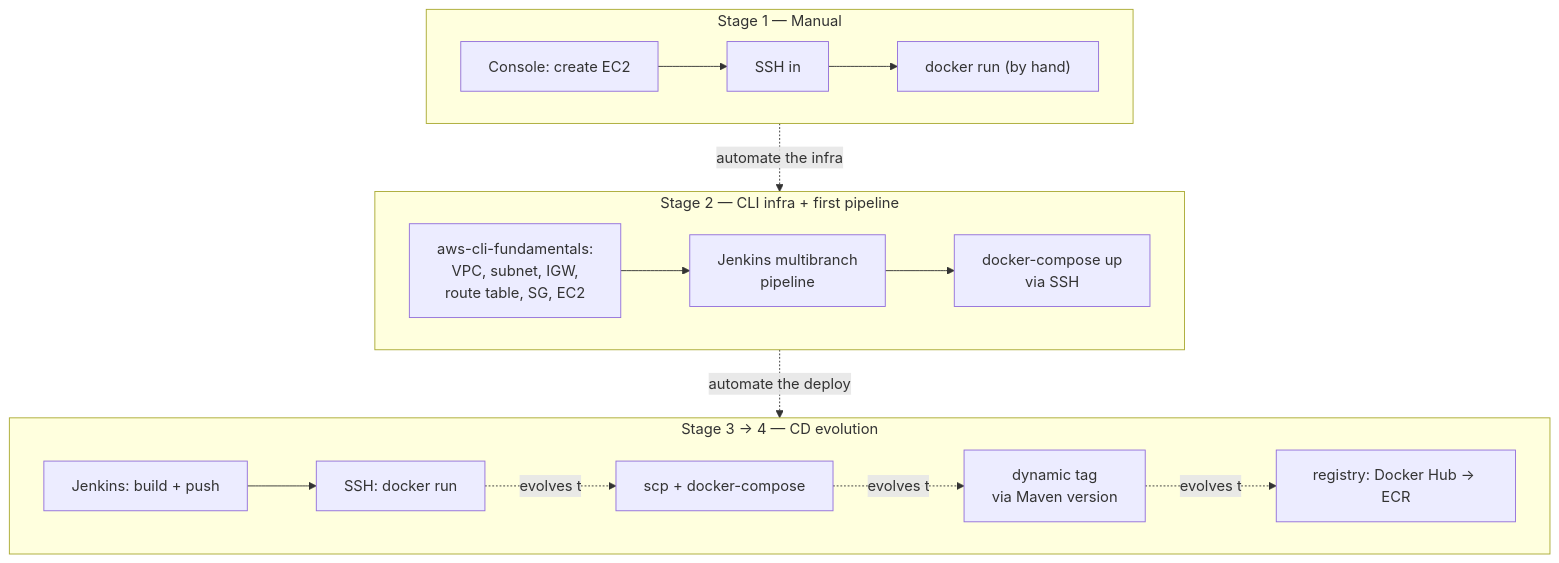
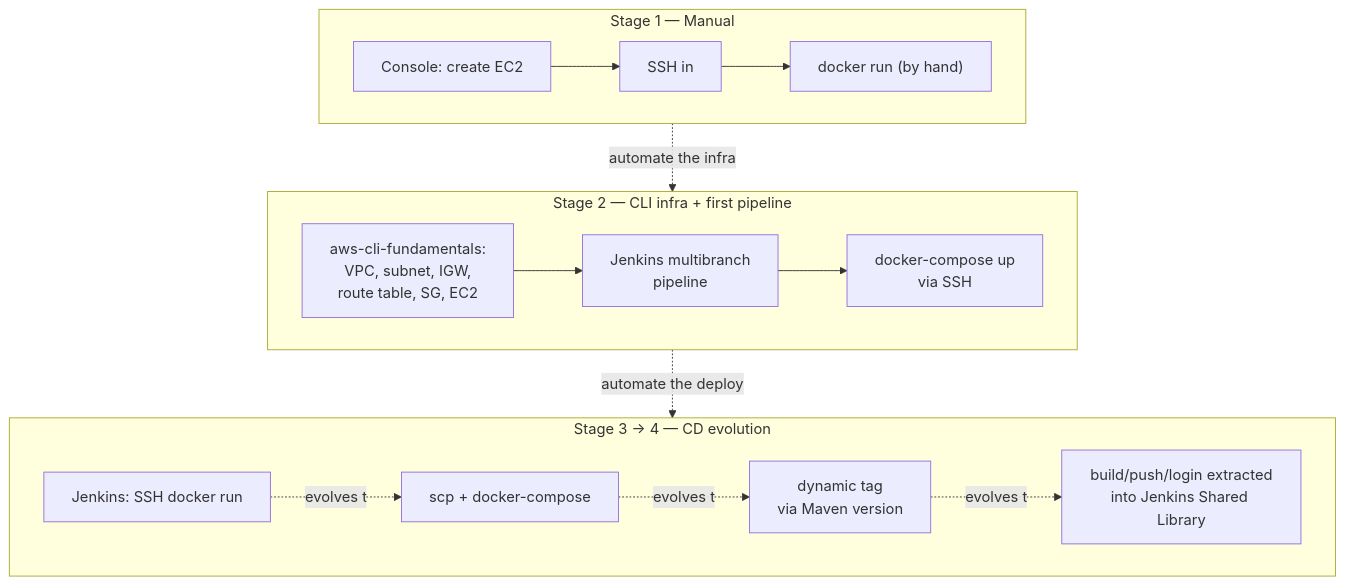
One commit to m-bengueddache/aws-ec2-cicd-pipeline changed the diagram in README.md. Above: the diagram before and after it, drawn with Mermaid. The commit also changed other lines of this file, not shown here.

First line of the commit message:
docs: align README with the actual Docker Hub + shared-library pipeline

````diff
--- a/README.md
+++ b/README.md
@@ -33,17 +34,16 @@
 ```mermaid
 flowchart TD
     subgraph S1["Stage 1 — Manual"]
         A1[Console: create EC2] --> A2[SSH in] --> A3["docker run (by hand)"]
     end
     subgraph S2["Stage 2 — CLI infra + first pipeline"]
         B1["aws-cli-fundamentals:\nVPC, subnet, IGW,\nroute table, SG, EC2"] --> B2["Jenkins multibranch\npipeline"] --> B3["docker-compose up\nvia SSH"]
     end
     subgraph S3["Stage 3 → 4 — CD evolution"]
-        C1["Jenkins: build + push"] --> C2["SSH: docker run"]
-        C2 -.evolves to.-> C3["scp + docker-compose"]
-        C3 -.evolves to.-> C4["dynamic tag\nvia Maven version"]
-        C4 -.evolves to.-> C5["registry: Docker Hub → ECR"]
+        C1["Jenkins: SSH docker run"] -.evolves to.-> C2["scp + docker-compose"]
+        C2 -.evolves to.-> C3["dynamic tag\nvia Maven version"]
+        C3 -.evolves to.-> C4["build/push/login extracted\ninto Jenkins Shared Library"]
     end
     S1 -."automate the infra".-> S2
     S2 -."automate the deploy".-> S3
 ```
````
